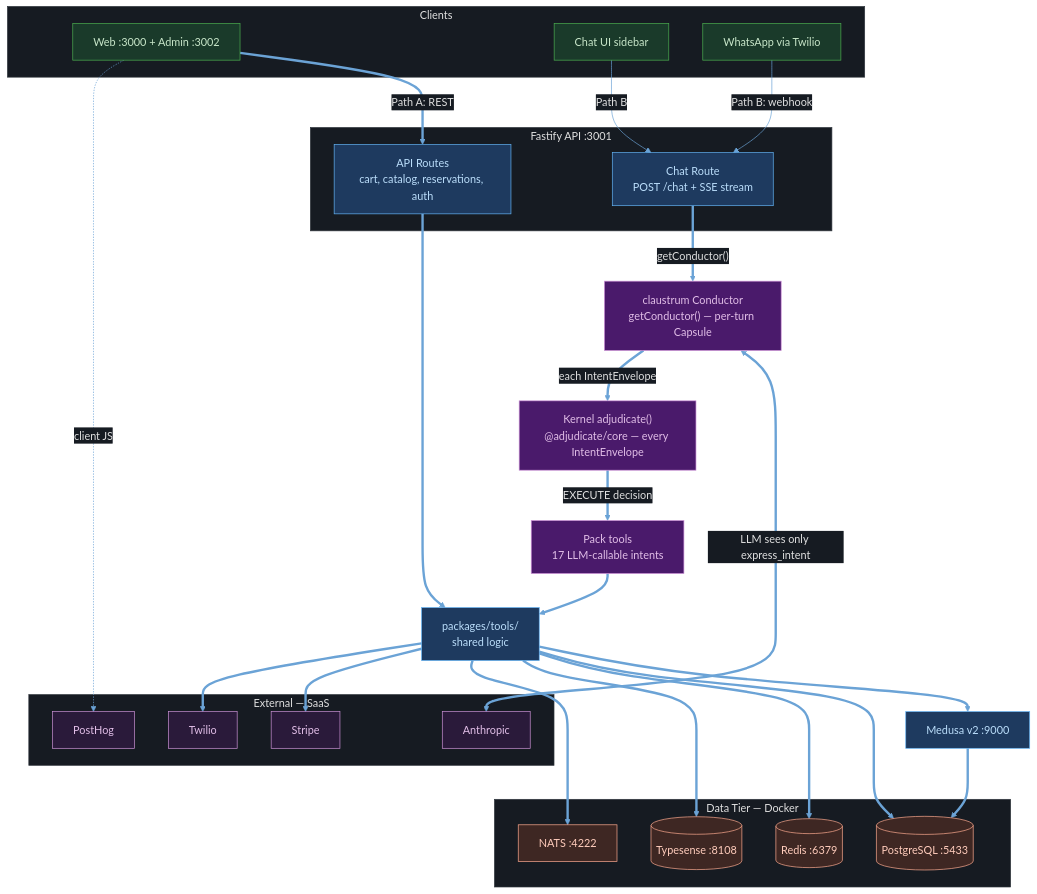
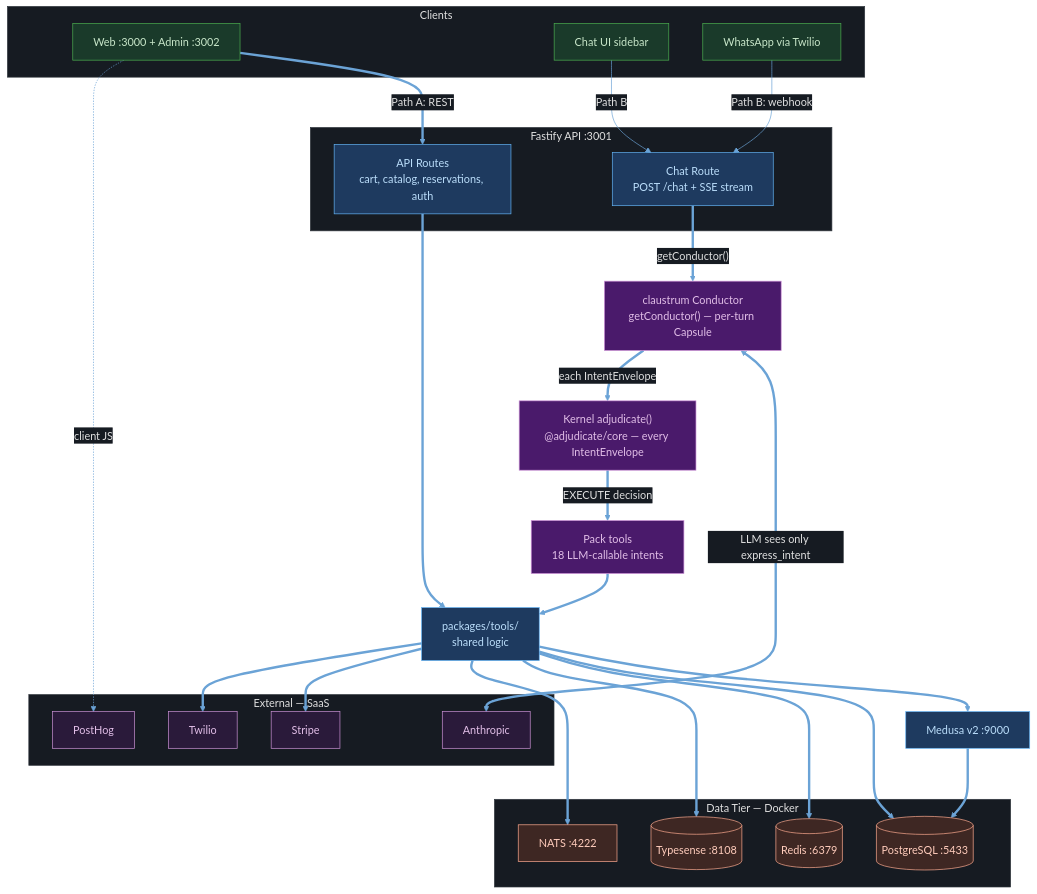
Before and after one commit to BrunoRodolpho/ibatexas: the first of 5 diagrams in docs/architecture/README.md, drawn with Mermaid. The commit also changed other lines of this file and 549 other files, not shown here.

````diff
--- a/docs/architecture/README.md
+++ b/docs/architecture/README.md
@@ -11,67 +11,67 @@
 ```mermaid
 %%{init: {'theme': 'base', 'themeVariables': {'primaryColor': '#1e3a5f', 'primaryTextColor': '#e0e0e0', 'primaryBorderColor': '#4a90d9', 'lineColor': '#6ba3d6', 'secondaryColor': '#2d4a22', 'tertiaryColor': '#4a3060', 'background': '#0d1117', 'mainBkg': '#161b22', 'nodeBorder': '#4a90d9', 'clusterBkg': '#161b22', 'clusterBorder': '#30363d', 'titleColor': '#e0e0e0', 'edgeLabelBackground': '#161b22'}}}%%
 graph TD
   subgraph Clients
     WEB["Web :3000 + Admin :3002"]
     CHAT["Chat UI sidebar"]
     WA["WhatsApp via Twilio"]
   end
 
   subgraph "Fastify API :3001"
     ROUTES["API Routes<br/>cart, catalog, reservations, auth"]
     CHAT_RT["Chat Route<br/>POST /chat + SSE stream"]
   end
 
   COND["claustrum Conductor<br/>getConductor() — per-turn Capsule"]
   KERNEL["Kernel adjudicate()<br/>@adjudicate/core — every IntentEnvelope"]
-  PACKS["Pack tools<br/>17 LLM-callable intents"]
+  PACKS["Pack tools<br/>18 LLM-callable intents"]
   SHARED["packages/tools/<br/>shared logic"]
   MEDUSA["Medusa v2 :9000"]
 
   subgraph Data["Data Tier — Docker"]
     PG[("PostgreSQL :5433")]
     REDIS[("Redis :6379")]
     TS[("Typesense :8108")]
     NATS["NATS :4222"]
   end
 
   subgraph External["External — SaaS"]
     STRIPE["Stripe"]
     TWILIO["Twilio"]
     ANTHROPIC["Anthropic"]
     POSTHOG["PostHog"]
   end
 
   WEB ==>|"Path A: REST"| ROUTES
   ROUTES ==> SHARED
   CHAT -->|"Path B"| CHAT_RT
   WA -->|"Path B: webhook"| CHAT_RT
   CHAT_RT ==>|"getConductor()"| COND
   COND <==>|"LLM sees only express_intent"| ANTHROPIC
   COND ==>|"each IntentEnvelope"| KERNEL
   KERNEL ==>|"EXECUTE decision"| PACKS
   PACKS ==> SHARED
   SHARED ==> MEDUSA & PG & REDIS & TS & NATS
   SHARED ==> STRIPE & TWILIO
   MEDUSA ==> PG
   WEB -.->|client JS| POSTHOG
 
   style WEB fill:#1a3a2a,stroke:#4caf50,color:#c8e6c9
   style CHAT fill:#1a3a2a,stroke:#4caf50,color:#c8e6c9
   style WA fill:#1a3a2a,stroke:#4caf50,color:#c8e6c9
   style ROUTES fill:#1e3a5f,stroke:#64b5f6,color:#bbdefb
   style CHAT_RT fill:#1e3a5f,stroke:#64b5f6,color:#bbdefb
   style COND fill:#4a1a6b,stroke:#ce93d8,color:#e1bee7
   style KERNEL fill:#4a1a6b,stroke:#ce93d8,color:#e1bee7
   style PACKS fill:#4a1a6b,stroke:#ce93d8,color:#e1bee7
   style SHARED fill:#1e3a5f,stroke:#64b5f6,color:#bbdefb
   style MEDUSA fill:#1e3a5f,stroke:#64b5f6,color:#bbdefb
   style PG fill:#3e2723,stroke:#ffab91,color:#ffccbc
   style REDIS fill:#3e2723,stroke:#ffab91,color:#ffccbc
   style TS fill:#3e2723,stroke:#ffab91,color:#ffccbc
   style NATS fill:#3e2723,stroke:#ffab91,color:#ffccbc
   style STRIPE fill:#2a1a3a,stroke:#ce93d8,color:#e1bee7
   style TWILIO fill:#2a1a3a,stroke:#ce93d8,color:#e1bee7
   style ANTHROPIC fill:#2a1a3a,stroke:#ce93d8,color:#e1bee7
   style POSTHOG fill:#2a1a3a,stroke:#ce93d8,color:#e1bee7
 ```
````
